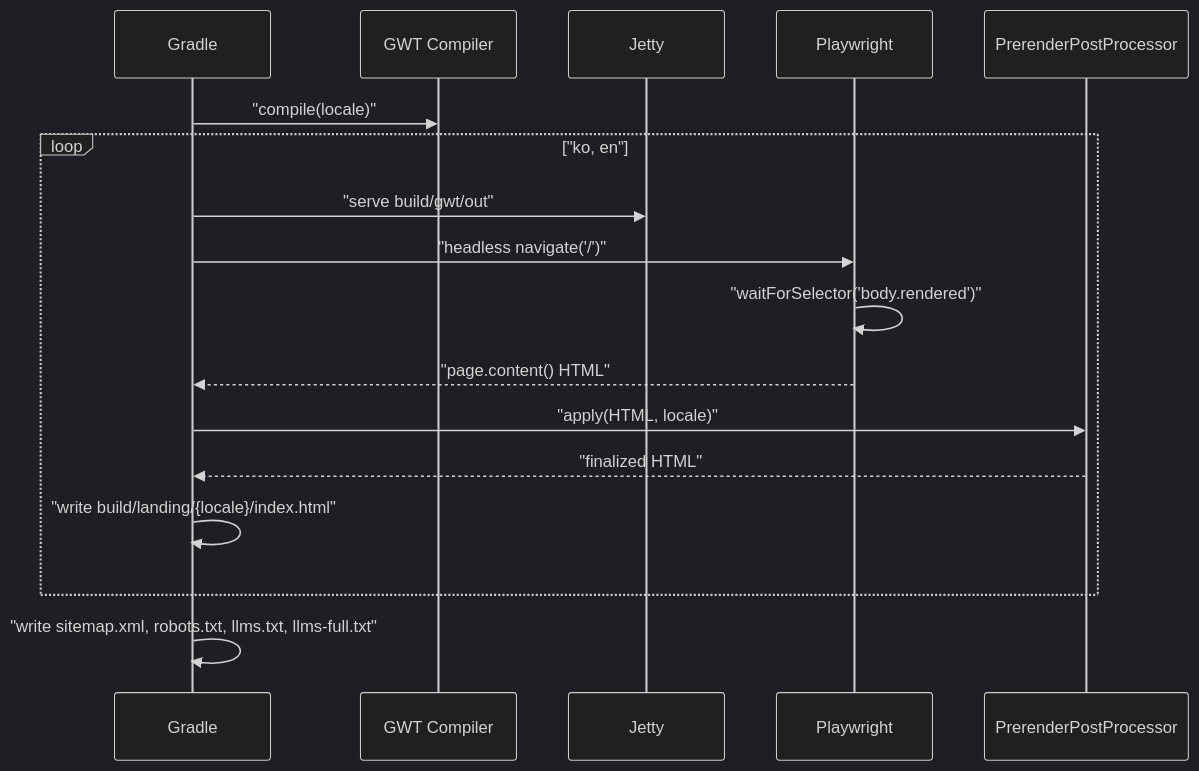
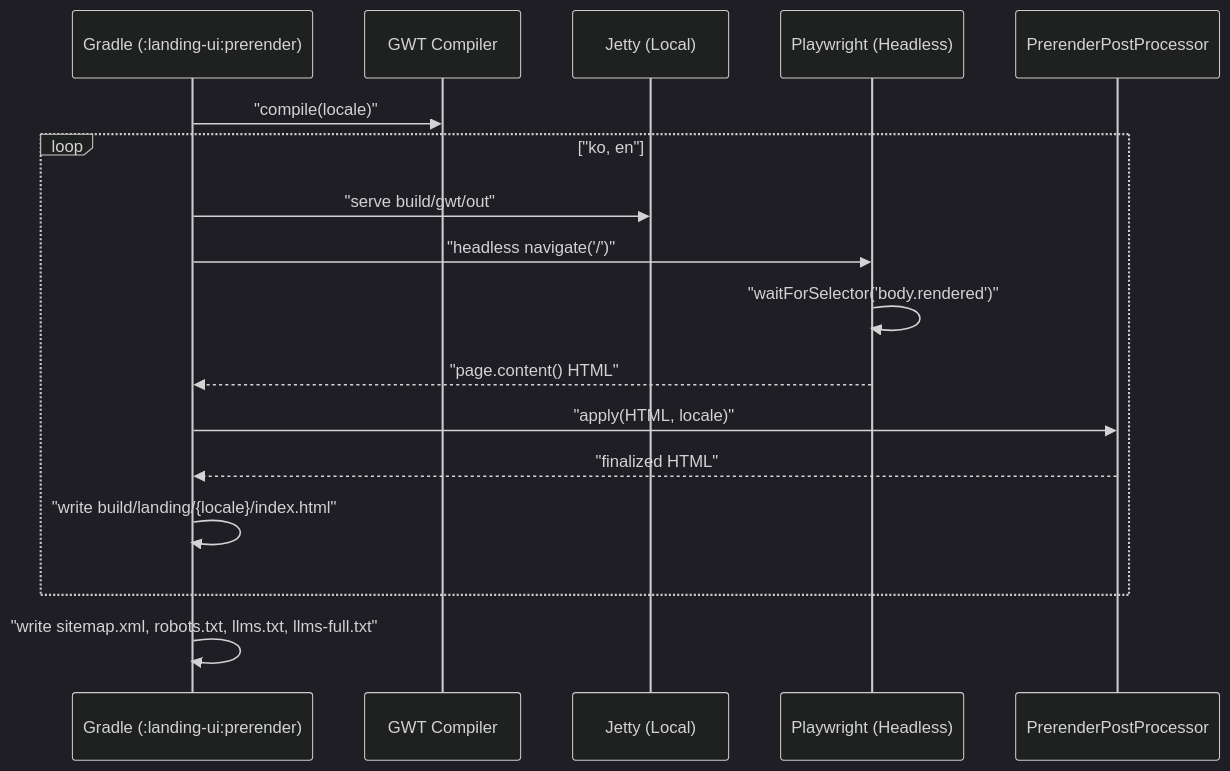
The diagram in landing-ui/USECASE.md (sayaya1090/handbook), drawn with Mermaid (dark theme) before and after one commit. The commit also changed other lines of this file and 10 other files, not shown here.

````diff
--- a/landing-ui/USECASE.md
+++ b/landing-ui/USECASE.md
@@ -24,20 +5,20 @@
 ```mermaid
 sequenceDiagram
-    participant G as Gradle
+    participant G as Gradle (:landing-ui:prerender)
     participant GC as GWT Compiler
-    participant J as Jetty
-    participant P as Playwright
+    participant J as Jetty (Local)
+    participant P as Playwright (Headless)
     participant PP as PrerenderPostProcessor
 
     G->>GC: "compile(locale)"
     loop "ko, en"
         G->>J: "serve build/gwt/out"
         G->>P: "headless navigate('/')"
         P->>P: "waitForSelector('body.rendered')"
         P-->>G: "page.content() HTML"
         G->>PP: "apply(HTML, locale)"
         PP-->>G: "finalized HTML"
         G->>G: "write build/landing/{locale}/index.html"
     end
     G->>G: "write sitemap.xml, robots.txt, llms.txt, llms-full.txt"
 ```
````
